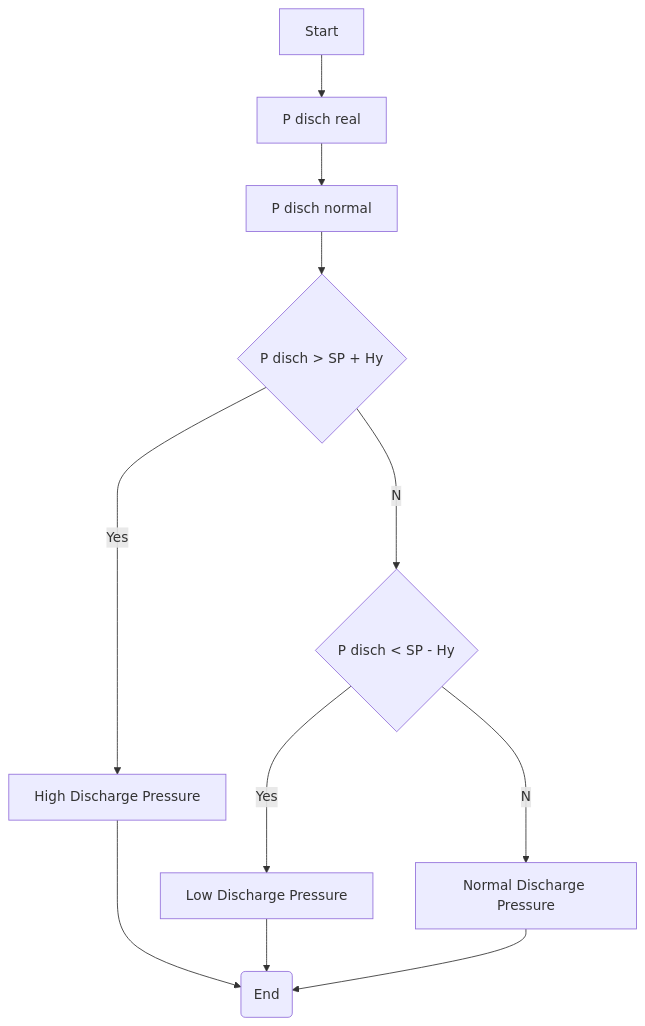
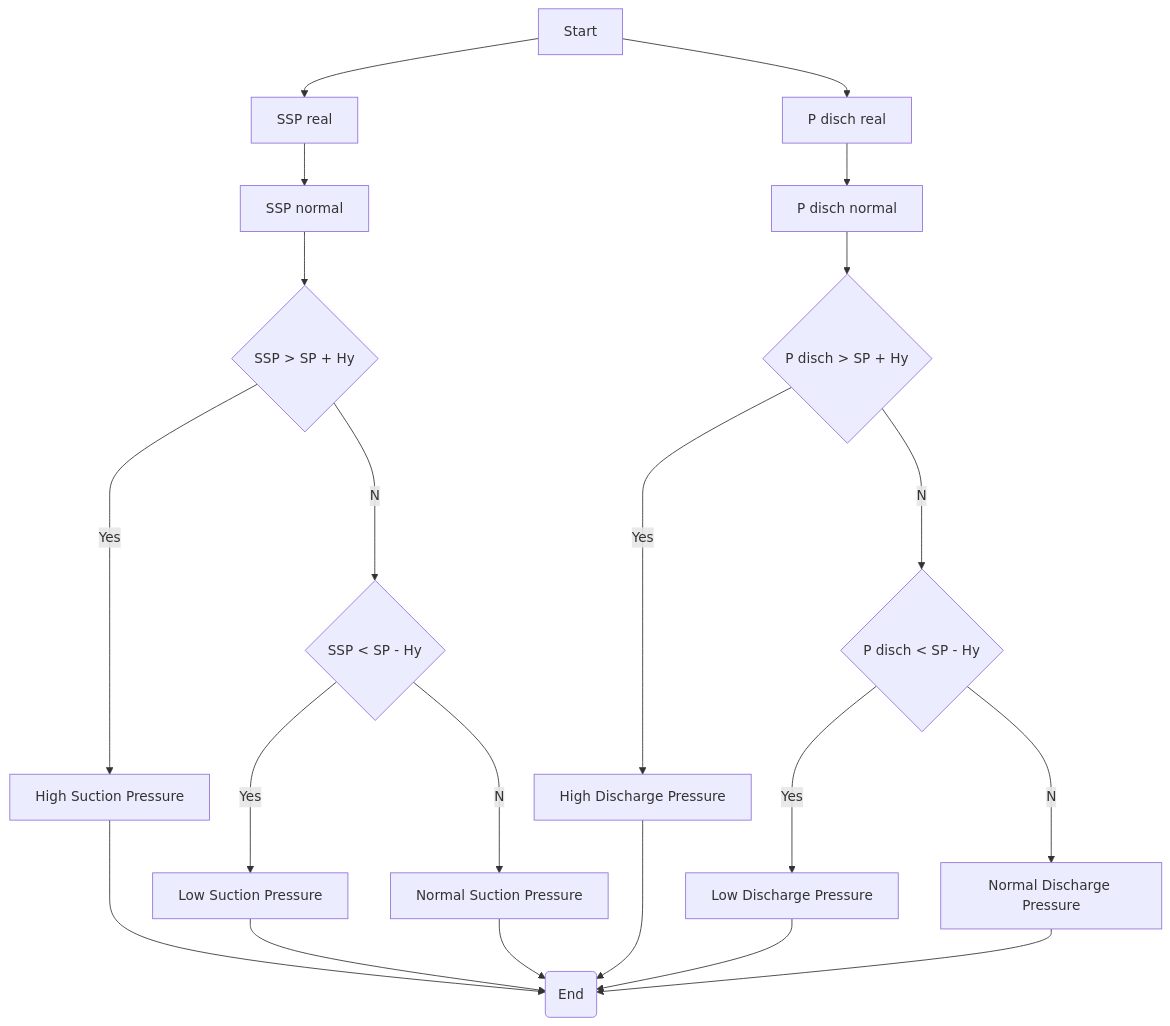
One commit to nasierras/Symbionte_UN changed the seventh of 7 diagrams in readme.md. Above: the diagram before and after it, drawn with Mermaid.

````diff
--- a/readme.md
+++ b/readme.md
@@ -262,13 +248,23 @@
 ```mermaid
 flowchart TB
-Start[Start]  --> A[P disch real]
-A --> B[P disch normal]
-B --> C{P disch > SP + Hy}
-C --Yes--> D[High Discharge Pressure]
-C --No--> E{P disch < SP - Hy}
-E --Yes-->F[Low Discharge Pressure]
-E --No-->G[Normal Discharge Pressure]
+Start[Start]  --> A[SSP real]
+A --> B[SSP normal]
+B --> C{SSP > SP + Hy}
+C --Yes--> D[High Suction Pressure]
+C --No--> E{SSP < SP - Hy}
+E --Yes-->F[Low Suction Pressure]
+E --No-->G[Normal Suction Pressure]
 G --> End(End)
 D ---> End
 F --> End
+Start --> A2[P disch real]
+A2 --> B2[P disch normal]
+B2 --> C2{P disch > SP + Hy}
+C2 --Yes--> D2[High Discharge Pressure]
+C2 --No--> E2{P disch < SP - Hy}
+E2 --Yes-->F2[Low Discharge Pressure]
+E2 --No-->G2[Normal Discharge Pressure]
+G2 --> End
+D2 ---> End
+F2 --> End
 ```
````
